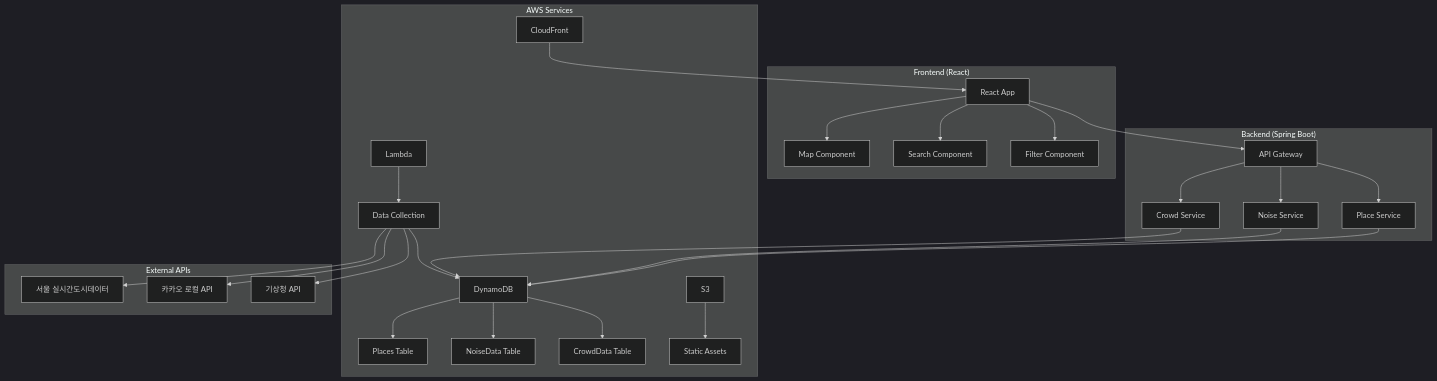
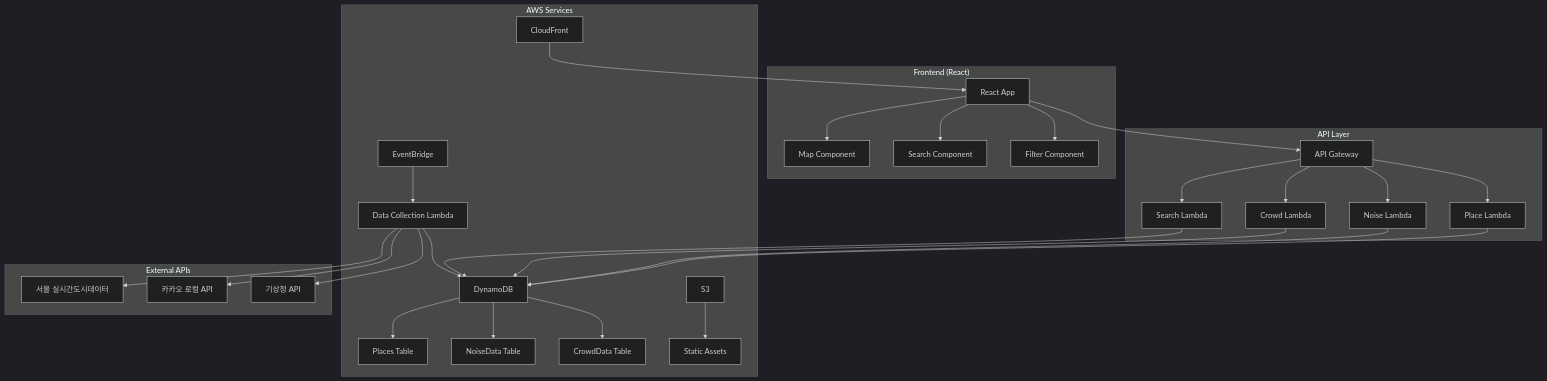
Before and after one commit to qurious-aws-hackathon/team22-aws-hackathon: the diagram in README.md, drawn with Mermaid (dark theme). The commit also changed other lines of this file and 2 other files, not shown here.

Commit message:
refactor: 서버리스 아키텍처로 전환
- Spring Boot → Node.js Lambda Functions로 변경
- API Gateway + Lambda 기반 백엔드 아키텍처 적용
- DynamoDB GSI 추가로 검색 성능 최적화
- EventBridge 스케줄링을 통한 데이터 수집 자동화
- CDK 기반 IaC 배포 전략 수립
- 12시간 개발에 최적화된 서버리스 타임라인 재구성

````diff
--- a/README.md
+++ b/README.md
@@ -11,38 +11,40 @@
 ```mermaid
 graph TB
     subgraph "Frontend (React)"
         A[React App] --> B[Map Component]
         A --> C[Search Component]
         A --> D[Filter Component]
     end
     
-    subgraph "Backend (Spring Boot)"
-        E[API Gateway] --> F[Place Service]
-        E --> G[Noise Service]
-        E --> H[Crowd Service]
+    subgraph "API Layer"
+        E[API Gateway] --> F[Place Lambda]
+        E --> G[Noise Lambda]
+        E --> H[Crowd Lambda]
+        E --> I[Search Lambda]
     end
     
     subgraph "AWS Services"
-        I[DynamoDB] --> J[Places Table]
-        I --> K[NoiseData Table]
-        I --> L[CrowdData Table]
-        M[Lambda] --> N[Data Collection]
-        O[S3] --> P[Static Assets]
-        Q[CloudFront] --> A
+        J[DynamoDB] --> K[Places Table]
+        J --> L[NoiseData Table]
+        J --> M[CrowdData Table]
+        N[EventBridge] --> O[Data Collection Lambda]
+        P[S3] --> Q[Static Assets]
+        R[CloudFront] --> A
     end
     
     subgraph "External APIs"
-        R[서울 실시간도시데이터]
-        S[카카오 로컬 API]
-        T[기상청 API]
+        S[서울 실시간도시데이터]
+        T[카카오 로컬 API]
+        U[기상청 API]
     end
     
     A --> E
-    F --> I
-    G --> I
-    H --> I
-    N --> R
-    N --> S
-    N --> T
-    N --> I
+    F --> J
+    G --> J
+    H --> J
+    I --> J
+    O --> S
+    O --> T
+    O --> U
+    O --> J
 ```
````
